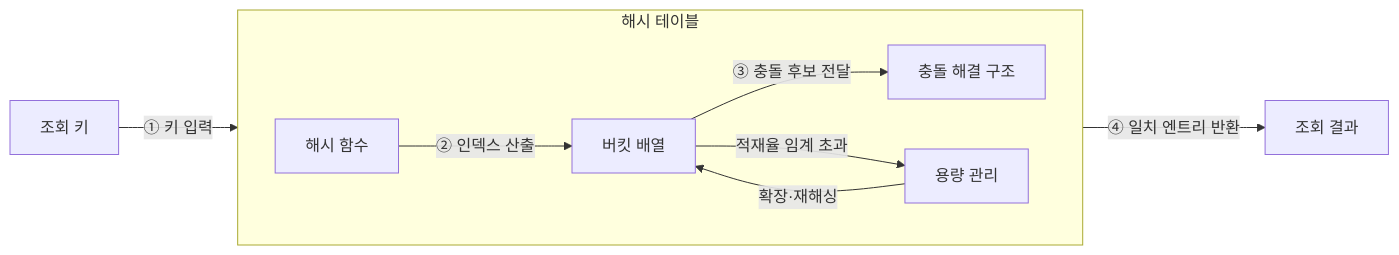
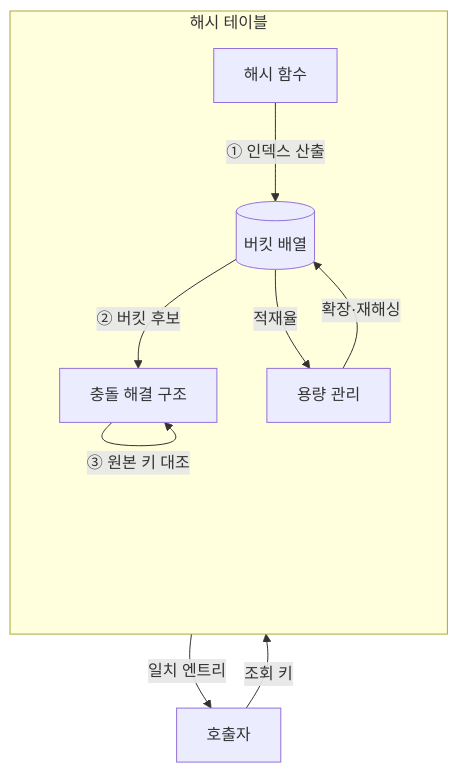
One commit to agnusdei1207/knowledge-base changed the diagram in src/content/docs/notes/01-basic-theory/005_hash_table.md. Above: the diagram before and after it, drawn with Mermaid. The commit also changed other lines of this file and 6 other files, not shown here.

````diff
--- a/src/content/docs/notes/01-basic-theory/005_hash_table.md
+++ b/src/content/docs/notes/01-basic-theory/005_hash_table.md
@@ -60,14 +60,18 @@
 ```mermaid
-flowchart LR
-    K[조회 키]
-    V[조회 결과]
+flowchart TB
+    Q[호출자]
     subgraph HT["해시 테이블"]
-        direction LR
-        H["해시 함수"] -->|② 인덱스 산출| B[버킷 배열]
-        B -->|③ 충돌 후보 전달| C[충돌 해결 구조]
-        B -->|적재율 임계 초과| R[용량 관리]
+        direction TB
+        H[해시 함수]
+        B[(버킷 배열)]
+        C[충돌 해결 구조]
+        R[용량 관리]
+        H -->|① 인덱스 산출| B
+        B -->|② 버킷 후보| C
+        C -->|③ 원본 키 대조| C
+        B -->|적재율| R
         R -->|확장·재해싱| B
     end
-    K -->|① 키 입력| H
-    C -->|④ 일치 엔트리 반환| V
+    Q -->|조회 키| H
+    C -->|일치 엔트리| Q
 ```
````
